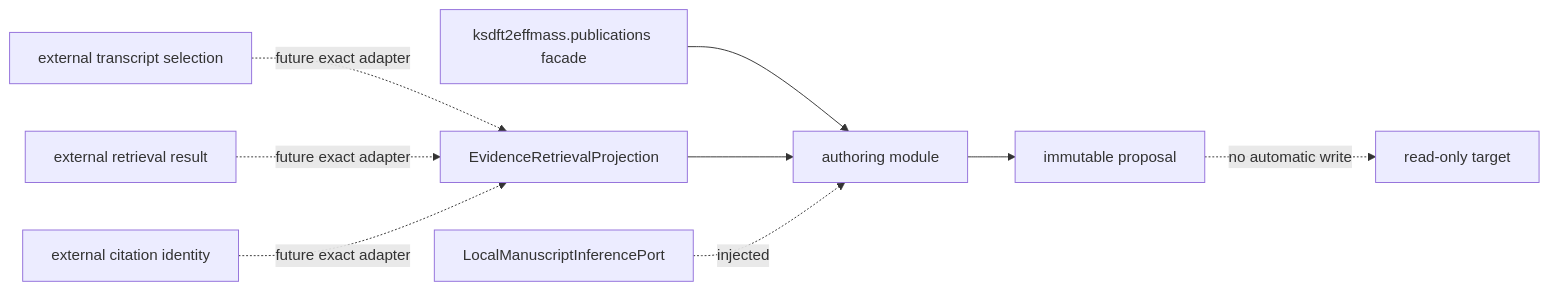
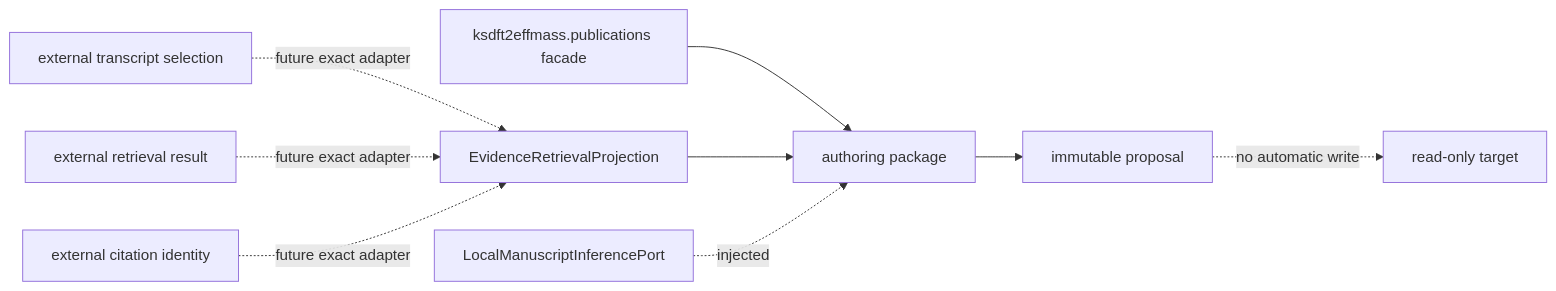
The diagram in docs/architecture/ksdft2effmass/publications/schematic.md (eragasa/ksdft2effmass), drawn with Mermaid before and after one commit. The commit also changed 59 other files, not shown here.

````diff
--- a/docs/architecture/ksdft2effmass/publications/schematic.md
+++ b/docs/architecture/ksdft2effmass/publications/schematic.md
@@ -3,11 +3,11 @@
 ```mermaid
 flowchart LR
-    Facade["ksdft2effmass.publications facade"] --> Authoring["authoring module"]
+    Facade["ksdft2effmass.publications facade"] --> Authoring["authoring package"]
     Ingestion["external transcript selection"] -. "future exact adapter" .-> Projection["EvidenceRetrievalProjection"]
     Retrieval["external retrieval result"] -. "future exact adapter" .-> Projection
     References["external citation identity"] -. "future exact adapter" .-> Projection
     Projection --> Authoring
     Inference["LocalManuscriptInferencePort"] -. "injected" .-> Authoring
     Authoring --> Proposal["immutable proposal"]
     Proposal -. "no automatic write" .-> Target["read-only target"]
 ```
````
